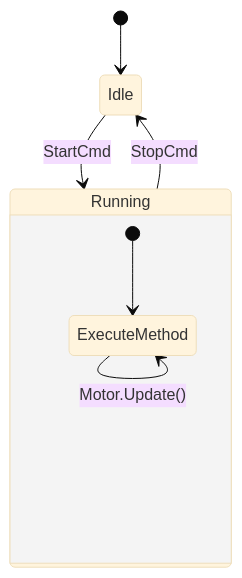
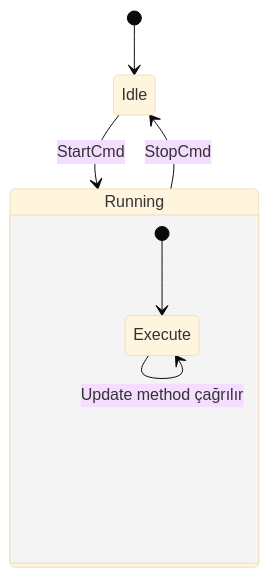
One commit to buribalkan/PLC changed the fifth of 7 diagrams in 61131-3/Method.md. Above: the diagram before and after it, drawn with Mermaid (base theme). The commit also changed other lines of this file, not shown here.

Commit message:
Update METHOD documentation and diagrams

````diff
--- a/61131-3/Method.md
+++ b/61131-3/Method.md
@@ -293,12 +293,12 @@
 ```mermaid
 stateDiagram-v2
     [*] --> Idle
 
     Idle --> Running : StartCmd
     Running --> Idle : StopCmd
 
     state Running {
-        [*] --> ExecuteMethod
-        ExecuteMethod --> ExecuteMethod : Motor.Update()
+        [*] --> Execute
+        Execute --> Execute : Update method çağrılır
     }
 ```
````
